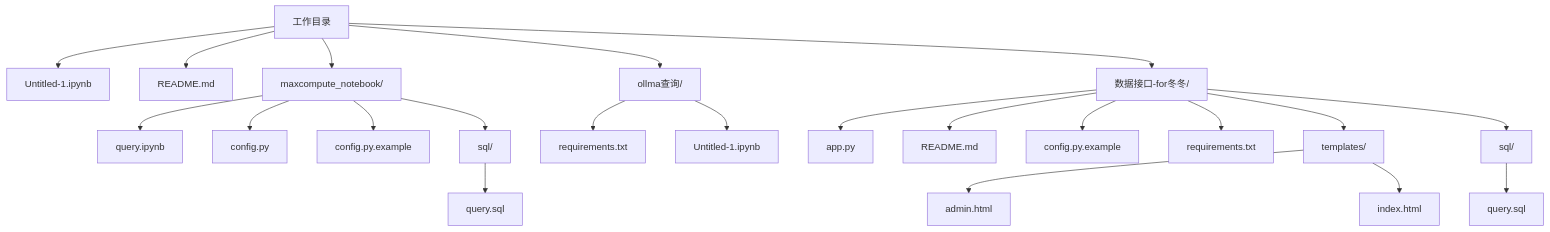
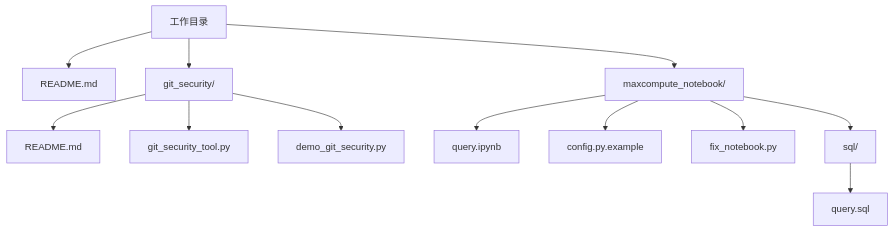
Before and after one commit to sd99886/test: the first of 3 diagrams in .qoder/repowiki/zh/content/快速开始.md, drawn with Mermaid. The commit also changed other lines of this file and 195 other files, not shown here.

````diff
--- a/.qoder/repowiki/zh/content/快速开始.md
+++ b/.qoder/repowiki/zh/content/快速开始.md
@@ -58,25 +44,15 @@
 ```mermaid
 graph TB
 root["工作目录"]
-root --> untitled["Untitled-1.ipynb"]
 root --> readme["README.md"]
+root --> gitsec["git_security/"]
+gitsec --> gitreadme["README.md"]
+gitsec --> tool["git_security_tool.py"]
+gitsec --> demo["demo_git_security.py"]
 root --> nb["maxcompute_notebook/"]
 nb --> qipynb["query.ipynb"]
-nb --> cfgpy["config.py"]
 nb --> cfgexample["config.py.example"]
+nb --> fixpy["fix_notebook.py"]
 nb --> sql["sql/"]
 sql --> querysql["query.sql"]
-root --> ollma["ollma查询/"]
-ollma --> reqtxt["requirements.txt"]
-ollma --> ollma_nb["Untitled-1.ipynb"]
-root --> api["数据接口-for冬冬/"]
-api --> apppy["app.py"]
-api --> apireadme["README.md"]
-api --> apiconfig["config.py.example"]
-api --> apireqs["requirements.txt"]
-api --> apitemplates["templates/"]
-api --> apisql["sql/"]
-apitemplates --> adminhtml["admin.html"]
-apitemplates --> indexhtml["index.html"]
-apisql --> apisqlfile["query.sql"]
 ```
````
